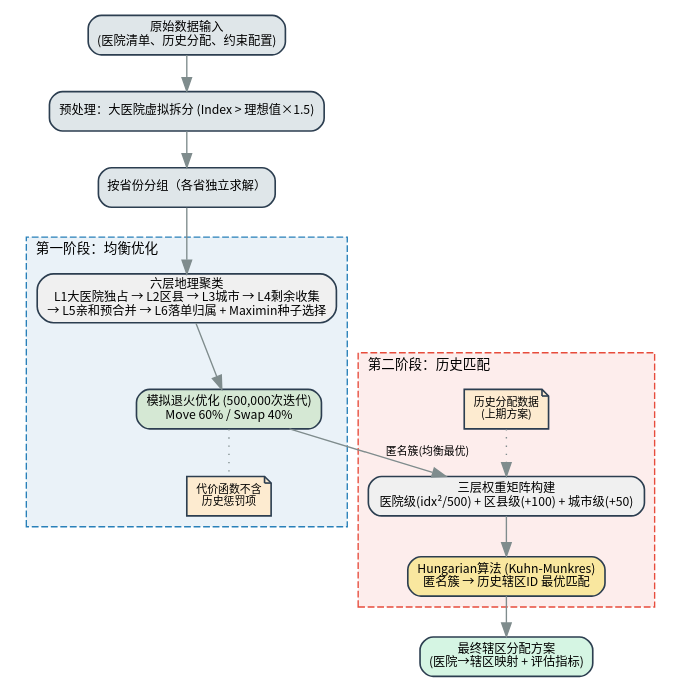
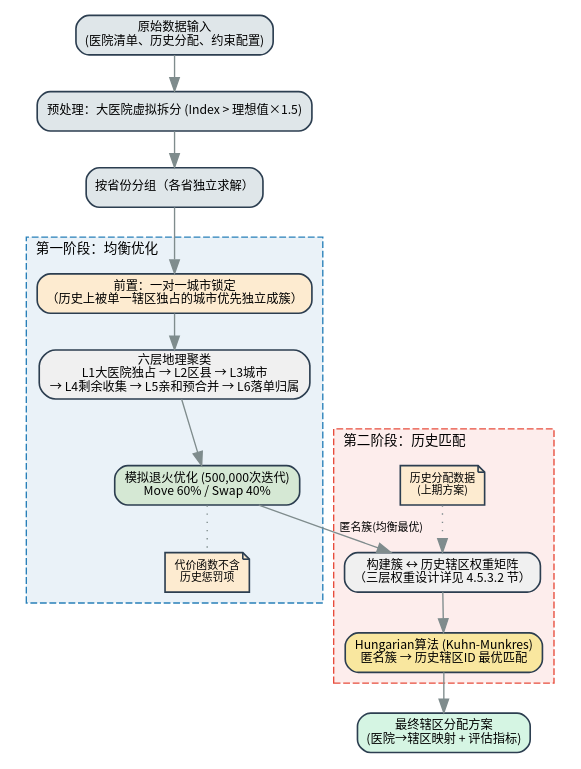
Before and after one commit to vickenkira36/SJTU_MBA_SFE: the diagram in docs/figures/fig4-1.dot, drawn with Graphviz. The commit also changed 6 other files, not shown here.

```diff
--- a/docs/figures/fig4-1.dot
+++ b/docs/figures/fig4-1.dot
@@ -1,57 +1,58 @@
 digraph G {
     rankdir=TB;
     fontname="Noto Sans CJK JP";
     ranksep=0.35;
     nodesep=0.3;
     node [fontname="Noto Sans CJK JP", fontsize=9, shape=box, style="rounded,filled", fillcolor="#f0f0f0", color="#2c3e50", penwidth=1.2, height=0.4, margin="0.08,0.04"];
     edge [fontname="Noto Sans CJK JP", fontsize=8, color="#7f8c8d"];
 
     // Input & Preprocessing - compact
     input [label="原始数据输入\n(医院清单、历史分配、约束配置)", fillcolor="#dfe6e9"];
     preprocess [label="预处理：大医院虚拟拆分 (Index > 理想值×1.5)", fillcolor="#dfe6e9"];
     province [label="按省份分组（各省独立求解）", fillcolor="#dfe6e9"];
 
     // Stage 1
     subgraph cluster_stage1 {
         label="第一阶段：均衡优化";
         labeljust=l;
         fontname="Noto Sans CJK JP";
         fontsize=10;
         style="dashed";
         color="#2980b9";
         bgcolor="#eaf2f8";
         margin="8";
 
-        clustering [label="六层地理聚类\nL1大医院独占 → L2区县 → L3城市 → L4剩余收集\n→ L5亲和预合并 → L6落单归属 + Maximin种子选择"];
+        exclusive [label="前置：一对一城市锁定\n（历史上被单一辖区独占的城市优先独立成簇）", fillcolor="#fdebd0"];
+        clustering [label="六层地理聚类\nL1大医院独占 → L2区县 → L3城市\n→ L4剩余收集 → L5亲和预合并 → L6落单归属"];
         sa [label="模拟退火优化 (500,000次迭代)\nMove 60% / Swap 40%", fillcolor="#d5e8d4"];
         note1 [label="代价函数不含\n历史惩罚项", shape=note, fillcolor="#fdebd0", fontsize=8];
     }
 
     // Stage 2
     subgraph cluster_stage2 {
         label="第二阶段：历史匹配";
         labeljust=l;
         fontname="Noto Sans CJK JP";
         fontsize=10;
         style="dashed";
         color="#e74c3c";
         bgcolor="#fdedec";
         margin="8";
 
-        weight [label="三层权重矩阵构建\n医院级(idx²/500) + 区县级(+100) + 城市级(+50)"];
+        weight [label="构建簇 ↔ 历史辖区权重矩阵\n（三层权重设计详见 4.5.3.2 节）"];
         hungarian [label="Hungarian算法 (Kuhn-Munkres)\n匿名簇 → 历史辖区ID 最优匹配", fillcolor="#f9e79f"];
         note2 [label="历史分配数据\n(上期方案)", shape=note, fillcolor="#fdebd0", fontsize=8];
     }
 
     // Output
     output [label="最终辖区分配方案\n(医院→辖区映射 + 评估指标)", fillcolor="#d5f5e3"];
 
     // Edges
-    input -> preprocess -> province -> clustering -> sa;
+    input -> preprocess -> province -> exclusive -> clustering -> sa;
     sa -> weight [label="匿名簇(均衡最优)"];
     weight -> hungarian -> output;
 
     // Side notes
     sa -> note1 [style=dotted, arrowhead=none];
     note2 -> weight [style=dotted, arrowhead=normal, dir=forward];
 }
```
